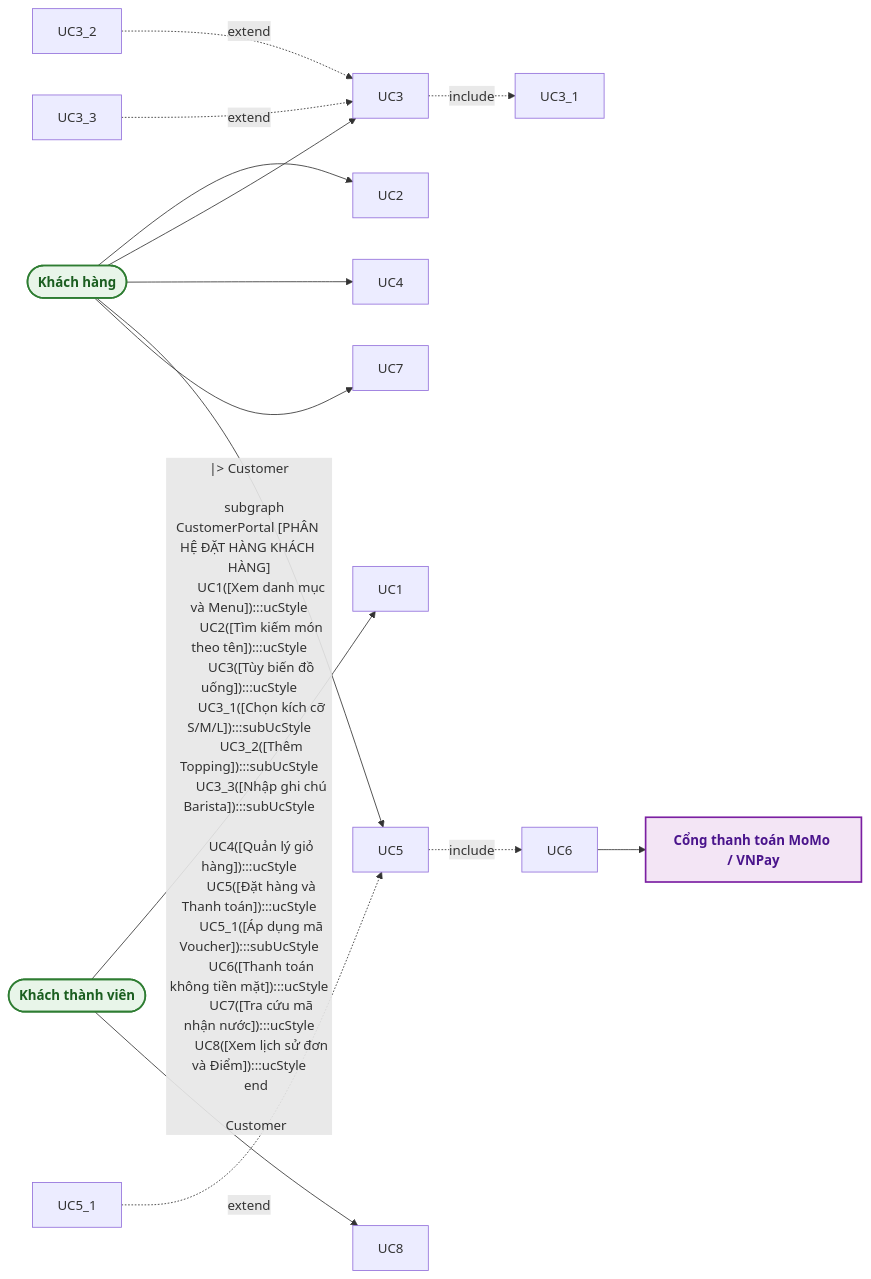
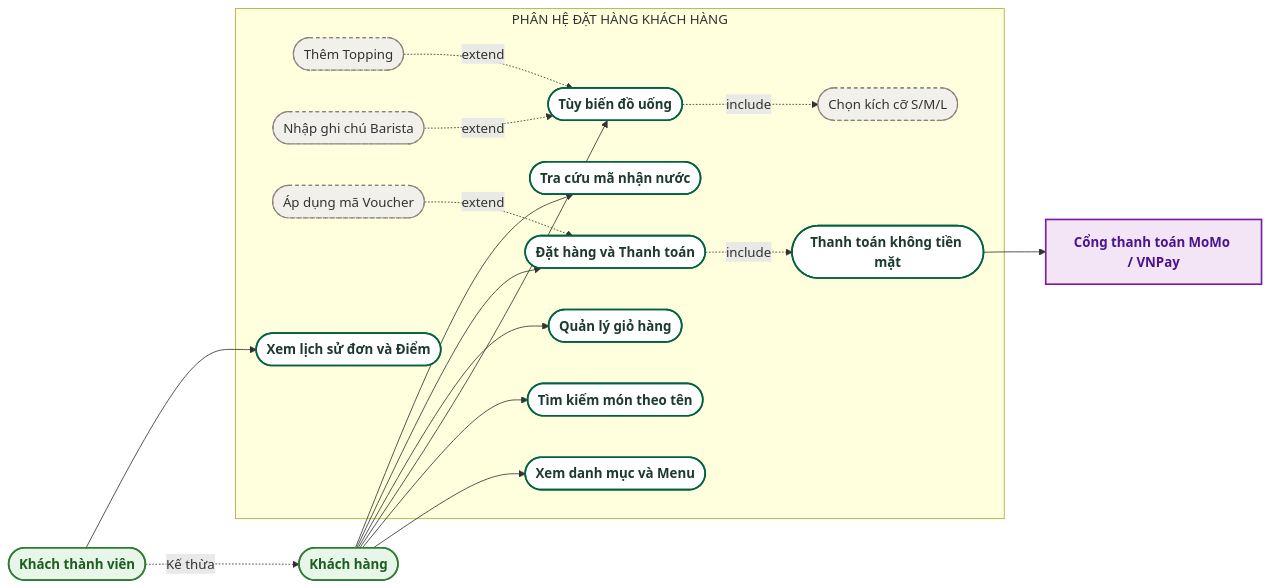
One commit to nphat-code/swe-project changed the second of 2 diagrams in docs/SO_DO_USE_CASE.md. Above: the diagram before and after it, drawn with Mermaid. The commit also changed other lines of this file, not shown here.

Commit message:
fix(docs): replace unsupported class diagram arrow --|> with flowchart arrow in Use Case diagrams

````diff
--- a/docs/SO_DO_USE_CASE.md
+++ b/docs/SO_DO_USE_CASE.md
@@ -103,47 +103,47 @@
 ```mermaid
 flowchart LR
     Customer([Khách hàng]):::actorStyle
     Member([Khách thành viên]):::actorStyle
     PaymentGW[Cổng thanh toán MoMo / VNPay]:::systemActorStyle
 
-    Member --|> Customer
+    Member -.->|Kế thừa| Customer
 
     subgraph CustomerPortal [PHÂN HỆ ĐẶT HÀNG KHÁCH HÀNG]
         UC1([Xem danh mục và Menu]):::ucStyle
         UC2([Tìm kiếm món theo tên]):::ucStyle
         UC3([Tùy biến đồ uống]):::ucStyle
         UC3_1([Chọn kích cỡ S/M/L]):::subUcStyle
         UC3_2([Thêm Topping]):::subUcStyle
         UC3_3([Nhập ghi chú Barista]):::subUcStyle
 
         UC4([Quản lý giỏ hàng]):::ucStyle
         UC5([Đặt hàng và Thanh toán]):::ucStyle
         UC5_1([Áp dụng mã Voucher]):::subUcStyle
         UC6([Thanh toán không tiền mặt]):::ucStyle
         UC7([Tra cứu mã nhận nước]):::ucStyle
         UC8([Xem lịch sử đơn và Điểm]):::ucStyle
     end
 
     Customer --> UC1
     Customer --> UC2
     Customer --> UC3
     Customer --> UC4
     Customer --> UC5
     Customer --> UC7
 
     Member --> UC8
 
     UC3 -.->|include| UC3_1
     UC3_2 -.->|extend| UC3
     UC3_3 -.->|extend| UC3
 
     UC5 -.->|include| UC6
     UC5_1 -.->|extend| UC5
 
     UC6 --> PaymentGW
 
     classDef actorStyle fill:#e8f5e9,stroke:#2e7d32,stroke-width:2px,color:#1b5e20,font-weight:bold
     classDef systemActorStyle fill:#f3e5f5,stroke:#7b1fa2,stroke-width:2px,color:#4a148c,font-weight:bold
     classDef ucStyle fill:#ffffff,stroke:#006241,stroke-width:2px,color:#1e3932,font-weight:bold
     classDef subUcStyle fill:#f2f0eb,stroke:#8c827a,stroke-width:1.5px,stroke-dasharray: 4 4,color:#333
 ```
````
